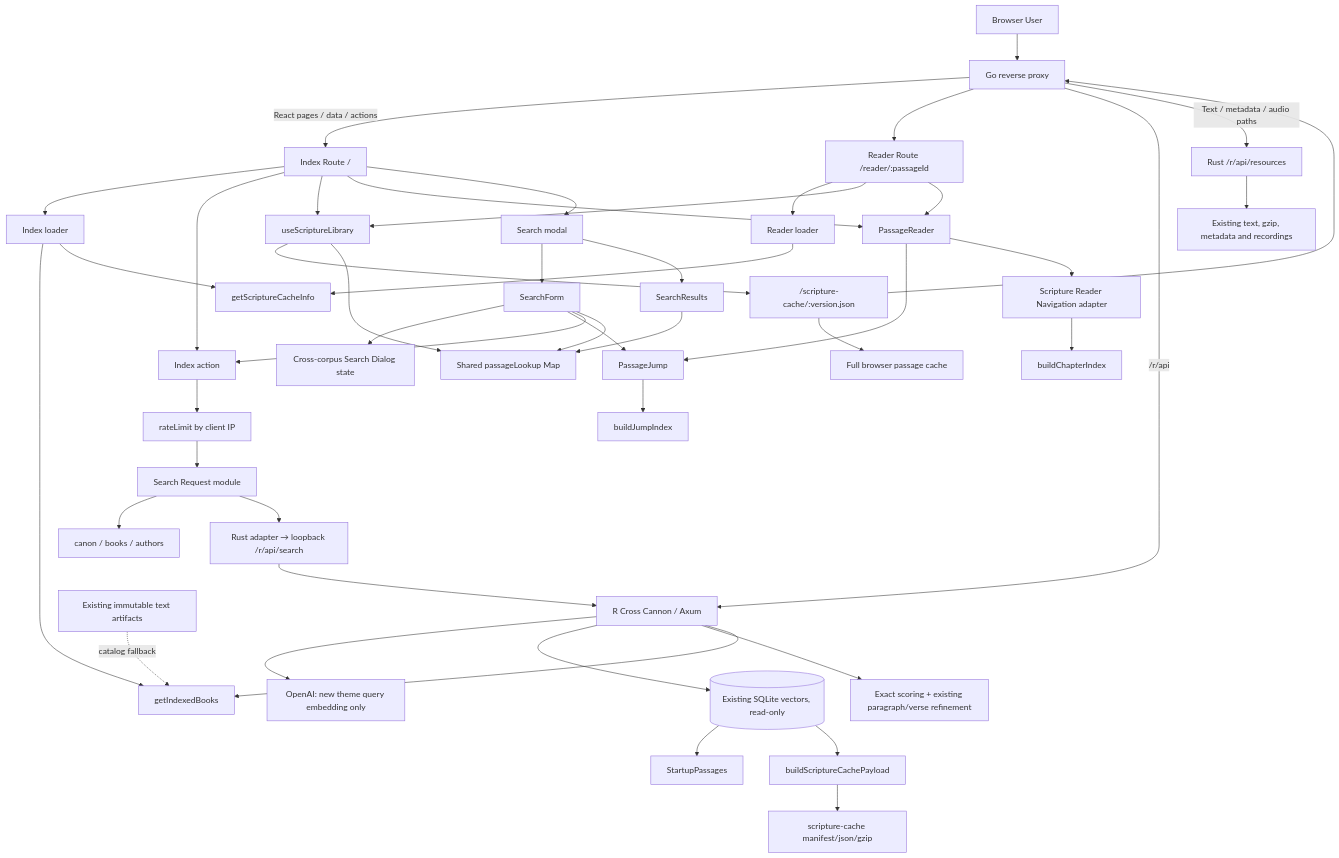
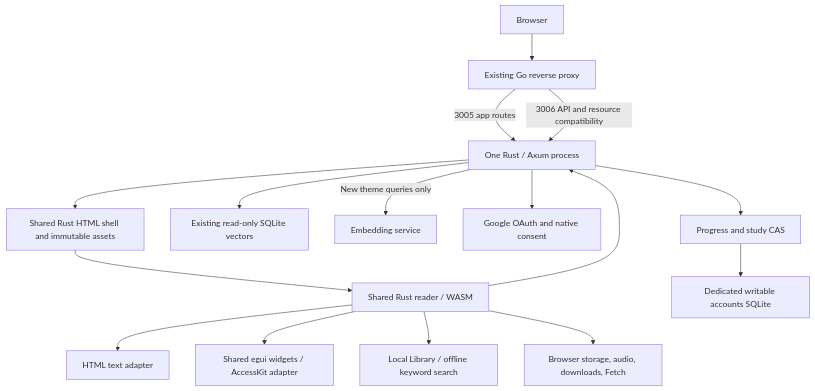
The diagram in docs/architecture.md (jacksonStone/cross-cannon), drawn with Mermaid before and after one commit. The commit also changed other lines of this file and 2053 other files, not shown here.

First line of the commit message:
Unify the app on Rust and remove the retired web runtime

````diff
--- a/docs/architecture.md
+++ b/docs/architecture.md
@@ -29,57 +8,18 @@
 ```mermaid
 flowchart TD
-  User["Browser User"] --> EdgeProxy["Go reverse proxy"]
-  EdgeProxy -->|"React pages / data / actions"| Root["Index Route /"]
-  EdgeProxy --> ReaderRoute["Reader Route /reader/:passageId"]
-  EdgeProxy -->|"/r/api"| Rust
-
-  Root --> Loader[Index loader]
-  Root --> Action[Index action]
-  ReaderRoute --> ReaderLoader[Reader loader]
-
-  Loader --> IndexedBooks[getIndexedBooks]
-  Loader --> CacheInfo[getScriptureCacheInfo]
-  ReaderLoader --> CacheInfo
-
-  Root --> ScriptureLibrary[useScriptureLibrary]
-  ReaderRoute --> ScriptureLibrary
-
-  ScriptureLibrary --> BrowserCache["/scripture-cache/:version.json"]
-  BrowserCache --> FullPassageCache["Full browser passage cache"]
-  BrowserCache --> EdgeProxy
-  EdgeProxy -->|"Text / metadata / audio paths"| RustResources["Rust /r/api/resources"]
-  RustResources --> ExistingFiles["Existing text, gzip, metadata and recordings"]
-  ScriptureLibrary --> PassageLookup["Shared passageLookup Map"]
-
-  Root --> PassageReader[PassageReader]
-  Root --> SearchModal[Search modal]
-  ReaderRoute --> PassageReader
-
-  SearchModal --> SearchForm[SearchForm]
-  SearchModal --> SearchResults[SearchResults]
-  SearchForm --> SearchDialogState[Cross-corpus Search Dialog state]
-  PassageReader --> PassageJump[PassageJump]
-  SearchForm --> PassageJump
-
-  SearchForm --> Action
-  SearchResults --> PassageLookup
-  SearchForm --> PassageLookup
-  PassageReader --> ScriptureNavigation[Scripture Reader Navigation adapter]
-  ScriptureNavigation --> ChapterIndex[buildChapterIndex]
-  PassageJump --> JumpIndex[buildJumpIndex]
-
-  Action --> RateLimit[rateLimit by client IP]
-  RateLimit --> SearchRequest[Search Request module]
-  SearchRequest --> Filters[canon / books / authors]
-  SearchRequest --> SearchEngine["Rust adapter → loopback /r/api/search"]
-
-  SearchEngine --> Rust["R Cross Cannon / Axum"]
-  Rust --> OpenAI["OpenAI: new theme query embedding only"]
-  Rust --> DB[("Existing SQLite vectors, read-only")]
-  Rust --> Vector["Exact scoring + existing paragraph/verse refinement"]
-  Rust --> IndexedBooks
-  TextArtifacts["Existing immutable text artifacts"] -. catalog fallback .-> IndexedBooks
-  DB --> StartupPassages
-  DB --> CacheBuild[buildScriptureCachePayload]
-  CacheBuild --> StaticCache["scripture-cache manifest/json/gzip"]
+  Browser[Browser] --> Edge[Existing Go reverse proxy]
+  Edge -->|3005 app routes| Server[One Rust / Axum process]
+  Edge -->|3006 API and resource compatibility| Server
+  Server --> Shell[Shared Rust HTML shell and immutable assets]
+  Shell --> Wasm[Shared Rust reader / WASM]
+  Wasm --> Text[HTML text adapter]
+  Wasm --> Widgets[Shared egui widgets / AccessKit adapter]
+  Wasm --> Library[Local Library / offline keyword search]
+  Wasm --> Effects[Browser storage, audio, downloads, Fetch]
+  Wasm --> Server
+  Server --> Index[Existing read-only SQLite vectors]
+  Server -->|New theme queries only| OpenAI[Embedding service]
+  Server --> Auth[Google OAuth and native consent]
+  Server --> Account[Progress and study CAS]
+  Account --> AccountsDB[Dedicated writable accounts SQLite]
 ```
````
